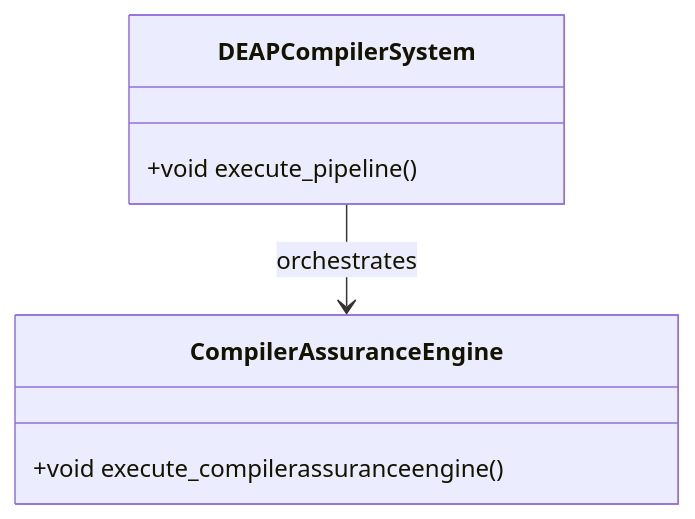
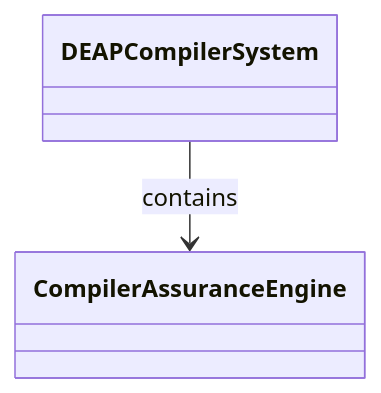
The diagram in docs/features/FEAT-61-CompilerAssuranceEngine.md (gintatkinson/dumpiler-01), drawn with Mermaid before and after one commit. The commit also changed other lines of this file and 101 other files, not shown here.

````diff
--- a/docs/features/FEAT-61-CompilerAssuranceEngine.md
+++ b/docs/features/FEAT-61-CompilerAssuranceEngine.md
@@ -25,10 +29,6 @@
 ```mermaid
 classDiagram
-    class DEAPCompilerSystem {
-        +void execute_pipeline()
-    }
-    class CompilerAssuranceEngine {
-        +void execute_compilerassuranceengine()
-    }
-    DEAPCompilerSystem --> CompilerAssuranceEngine : orchestrates
+    class DEAPCompilerSystem
+    class CompilerAssuranceEngine
+    DEAPCompilerSystem --> CompilerAssuranceEngine : contains
 ```
````
